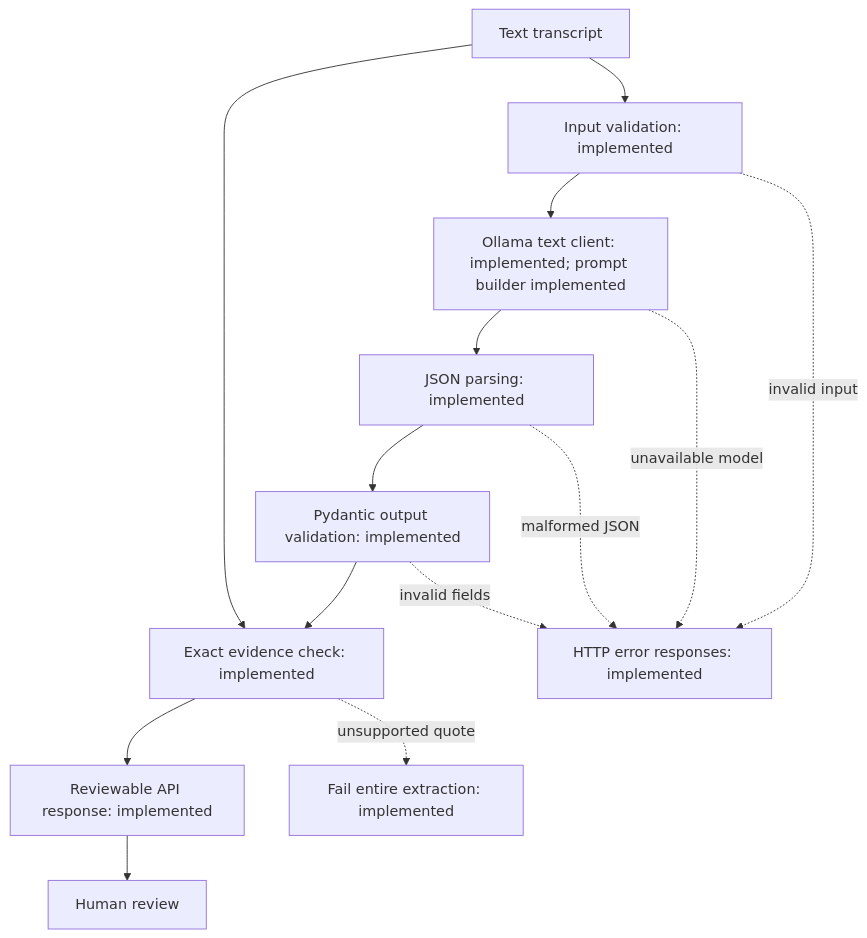
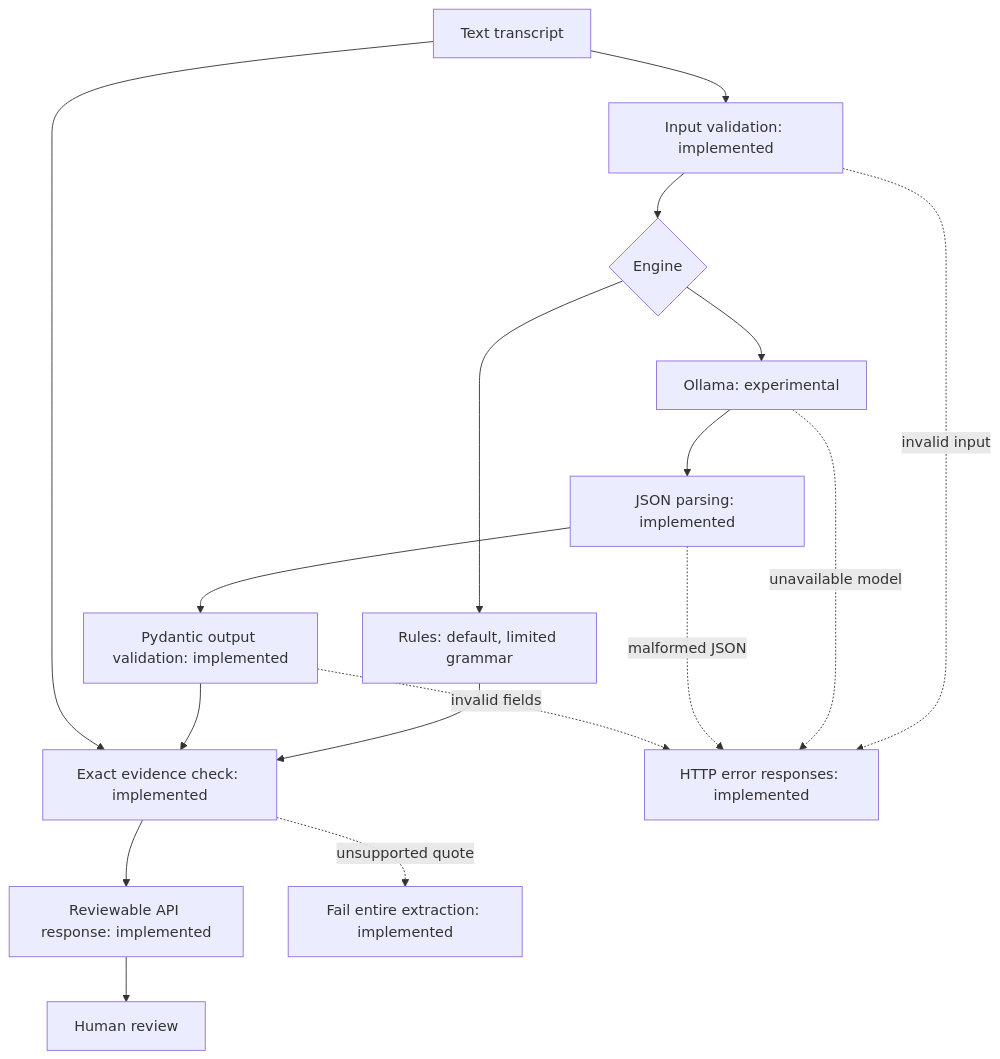
One commit to AbhinavS-30/ActionGraph changed the diagram in README.md. Above: the diagram before and after it, drawn with Mermaid. The commit also changed other lines of this file and 12 other files, not shown here.

Commit message:
Default demo API to explicit limited rules mode and label engine scope

````diff
--- a/README.md
+++ b/README.md
@@ -17,16 +17,19 @@
 ```mermaid
 flowchart TD
     A[Text transcript] --> B[Input validation: implemented]
-    B --> C[Ollama text client: implemented; prompt builder implemented]
+    B --> R{Engine}
+    R --> Q[Rules: default, limited grammar]
+    R --> C[Ollama: experimental]
+    Q --> F
     C --> D[JSON parsing: implemented]
     D --> E[Pydantic output validation: implemented]
     E --> F[Exact evidence check: implemented]
     A --> F
     F --> G[Reviewable API response: implemented]
     G --> H[Human review]
     B -. invalid input .-> X[HTTP error responses: implemented]
     C -. unavailable model .-> X
     D -. malformed JSON .-> X
     E -. invalid fields .-> X
     F -. unsupported quote .-> Y[Fail entire extraction: implemented]
 ```
````
